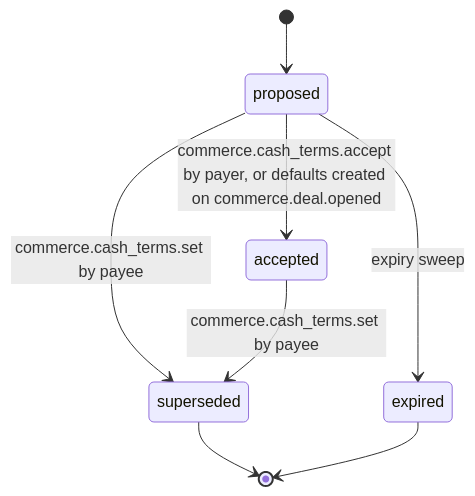
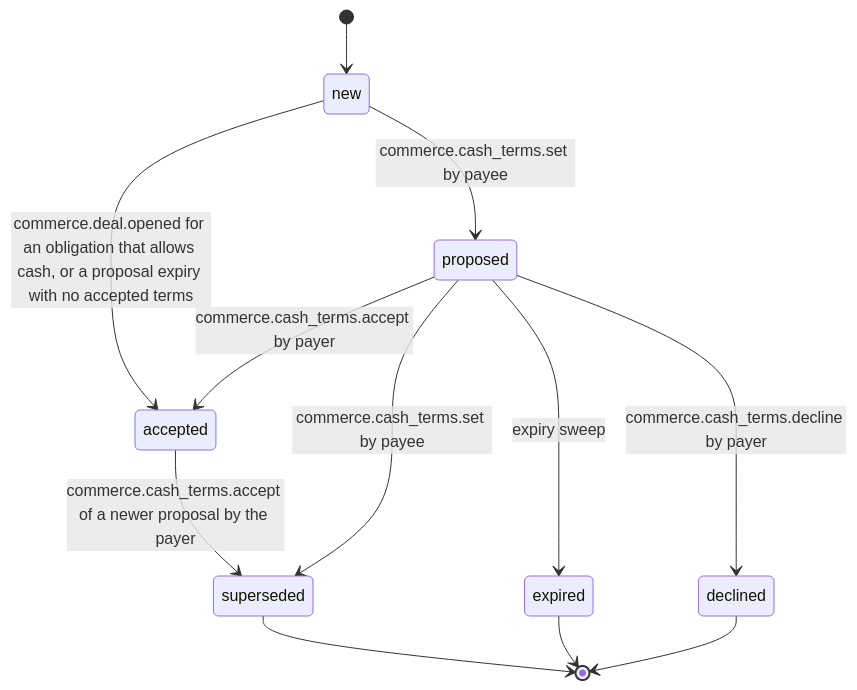
Before and after one commit to djshellshoxxx/CLASSifiedisRUPTed: the diagram in 09_Commerce/01_payments/mod_cash/workflow_state_machine.md, drawn with Mermaid. The commit also changed other lines of this file and 202 other files, not shown here.

````diff
--- a/09_Commerce/01_payments/mod_cash/workflow_state_machine.md
+++ b/09_Commerce/01_payments/mod_cash/workflow_state_machine.md
@@ -26,10 +29,14 @@
 ```mermaid
 stateDiagram-v2
-  [*] --> proposed
-  proposed --> accepted: commerce.cash_terms.accept by payer, or defaults created on commerce.deal.opened
+  [*] --> new
+  proposed --> accepted: commerce.cash_terms.accept by payer
   proposed --> superseded: commerce.cash_terms.set by payee
-  accepted --> superseded: commerce.cash_terms.set by payee
+  accepted --> superseded: commerce.cash_terms.accept of a newer proposal by the payer
   proposed --> expired: expiry sweep
+  new --> accepted: commerce.deal.opened for an obligation that allows cash, or a proposal expiry with no accepted terms
+  new --> proposed: commerce.cash_terms.set by payee
+  proposed --> declined: commerce.cash_terms.decline by payer
   superseded --> [*]
   expired --> [*]
+  declined --> [*]
 ```
````
